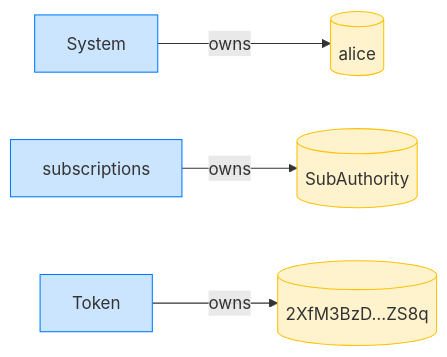
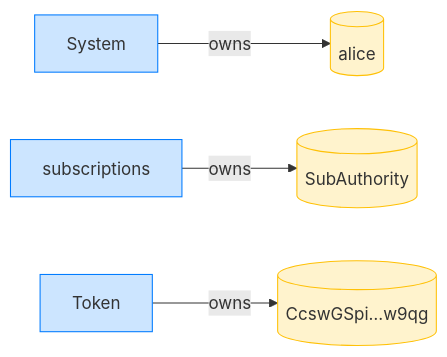
One commit to cds-rs/subscriptions changed the fourth of 20 diagrams in dsl_tests/a-sponsor-can-revoke-a-cancelled--expired-subscription.md. Above: the diagram before and after it, drawn with Mermaid. The commit also changed other lines of this file and 224 other files, not shown here.

````diff
--- a/dsl_tests/a-sponsor-can-revoke-a-cancelled--expired-subscription.md
+++ b/dsl_tests/a-sponsor-can-revoke-a-cancelled--expired-subscription.md
@@ -73,14 +78,14 @@
 ```mermaid
 flowchart LR
     classDef owner fill:#cce5ff,stroke:#007bff;
     classDef account fill:#fff3cd,stroke:#ffc107;
     System[System]:::owner
     alice[(alice)]:::account
     subscriptions[subscriptions]:::owner
     SubAuthority[(SubAuthority)]:::account
     Token[Token]:::owner
-    2XfM3BzD_ZS8q[("2XfM3BzD…ZS8q")]:::account
+    CcswGSpi_w9qg[("CcswGSpi…w9qg")]:::account
     System -->|owns| alice
     subscriptions -->|owns| SubAuthority
-    Token -->|owns| 2XfM3BzD_ZS8q
+    Token -->|owns| CcswGSpi_w9qg
 ```
````
